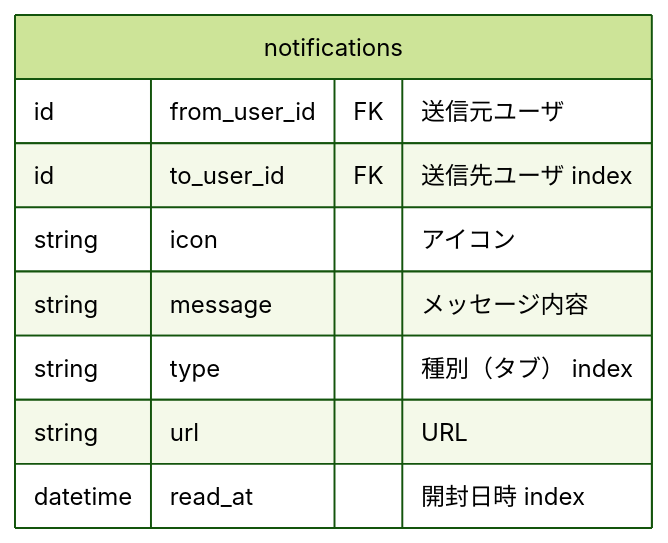
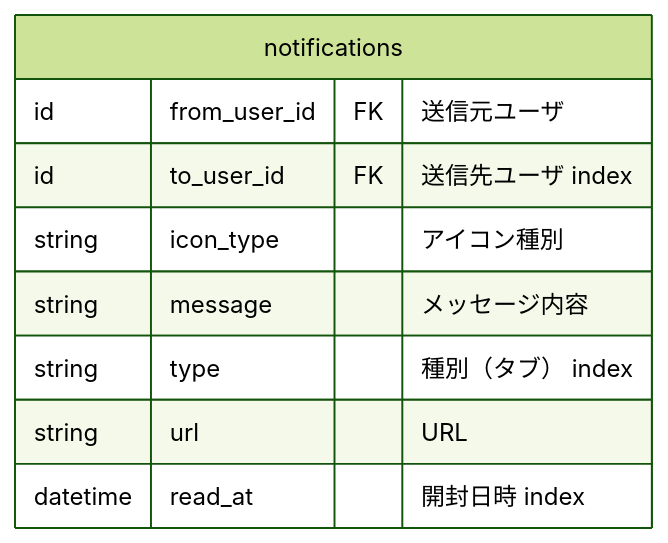
Before and after one commit to bright-org/bright: the second of 2 diagrams in docs/tables.md, drawn with Mermaid (forest theme).

Commit message:
アイコン種別に変更

````diff
--- a/docs/tables.md
+++ b/docs/tables.md
@@ -27,12 +27,12 @@
 ```mermaid
 erDiagram
   notifications {
     id from_user_id	FK "送信元ユーザ"
     id to_user_id	FK "送信先ユーザ index"
-    string icon	"アイコン"
+    string icon_type	"アイコン種別"
     string message	"メッセージ内容"
     string type	"種別（タブ） index"
     string url "URL"
     datetime read_at "開封日時 index"
   }
 ```
````
